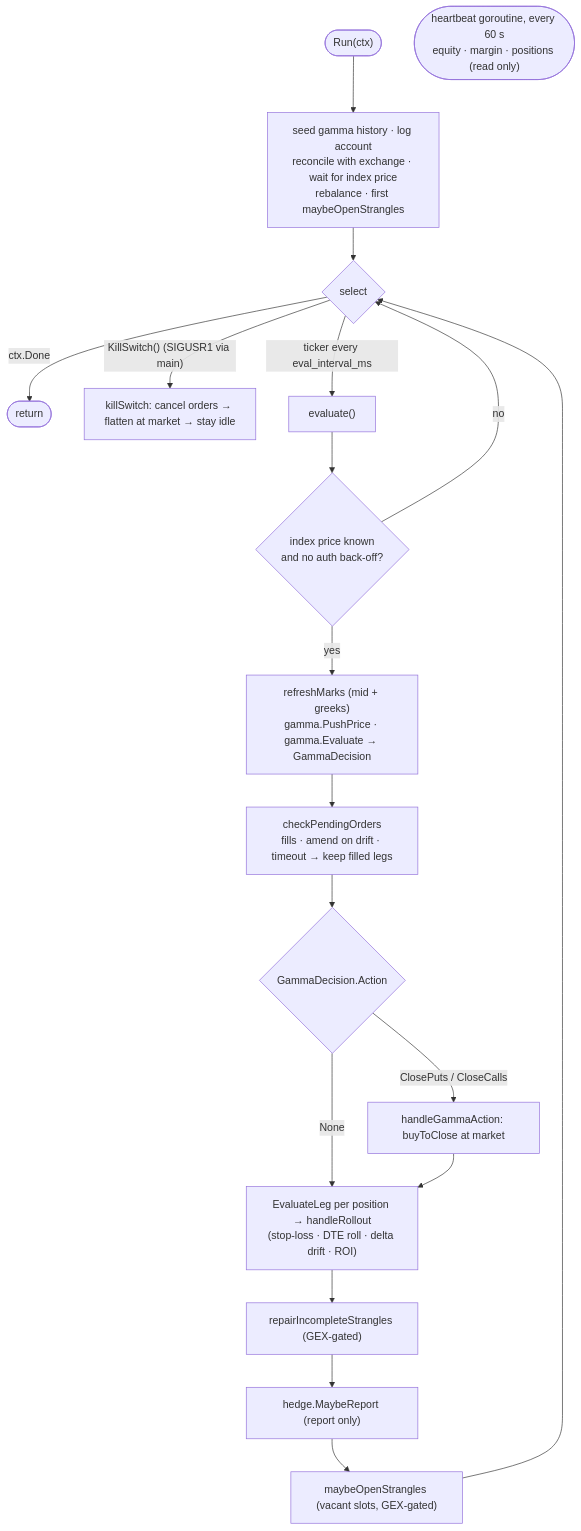
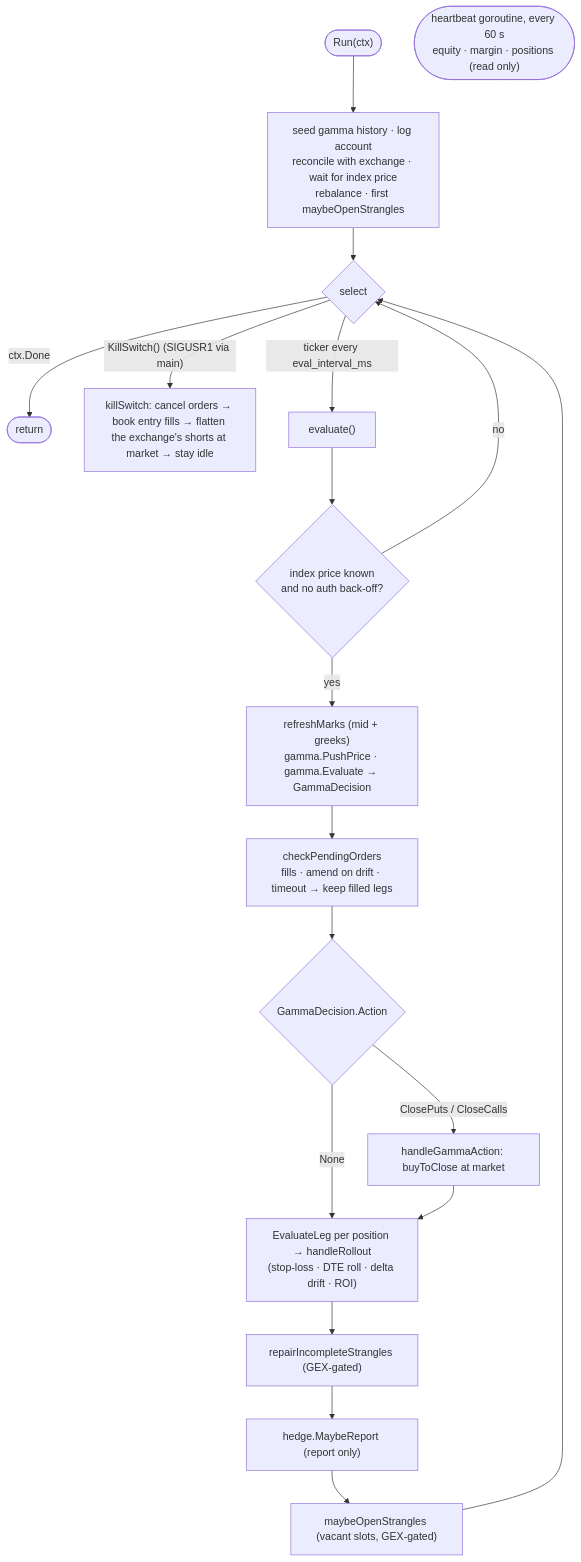
One commit to rchau73/optionsBot changed the diagram in docs/strategy_eventloop.mmd. Above: the diagram before and after it, drawn with Mermaid. The commit also changed 16 other files, not shown here.

First line of the commit message:
No new risk without fresh GEX; kill switch books entry fills and flattens the exchange

```diff
--- a/docs/strategy_eventloop.mmd
+++ b/docs/strategy_eventloop.mmd
@@ -1,19 +1,19 @@
 flowchart TD
     A(["Run(ctx)"]) --> B["seed gamma history · log account<br/>reconcile with exchange · wait for index price<br/>rebalance · first maybeOpenStrangles"]
     B --> C{"select"}
     C -- "ctx.Done" --> Z(["return"])
-    C -- "KillSwitch() (SIGUSR1 via main)" --> K["killSwitch: cancel orders → flatten at market → stay idle"]
+    C -- "KillSwitch() (SIGUSR1 via main)" --> K["killSwitch: cancel orders → book entry fills → flatten the exchange's shorts at market → stay idle"]
     C -- "ticker every eval_interval_ms" --> E["evaluate()"]
     E --> E1{"index price known<br/>and no auth back-off?"}
     E1 -- "no" --> C
     E1 -- "yes" --> E2["refreshMarks (mid + greeks)<br/>gamma.PushPrice · gamma.Evaluate → GammaDecision"]
     E2 --> E3["checkPendingOrders<br/>fills · amend on drift · timeout → keep filled legs"]
     E3 --> E4{"GammaDecision.Action"}
     E4 -- "ClosePuts / CloseCalls" --> E5["handleGammaAction: buyToClose at market"]
     E4 -- "None" --> E6
     E5 --> E6["EvaluateLeg per position → handleRollout<br/>(stop-loss · DTE roll · delta drift · ROI)"]
     E6 --> E7["repairIncompleteStrangles (GEX-gated)"]
     E7 --> E8["hedge.MaybeReport (report only)"]
     E8 --> E9["maybeOpenStrangles (vacant slots, GEX-gated)"]
     E9 --> C
     H(["heartbeat goroutine, every 60 s<br/>equity · margin · positions (read only)"])
```
